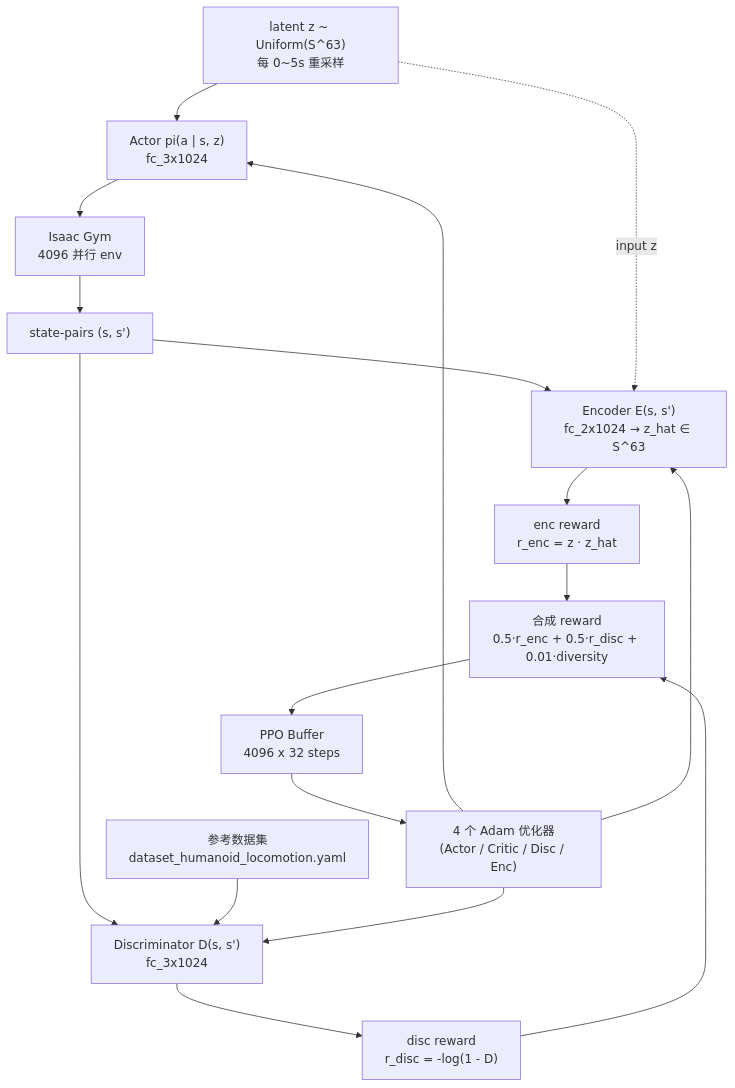
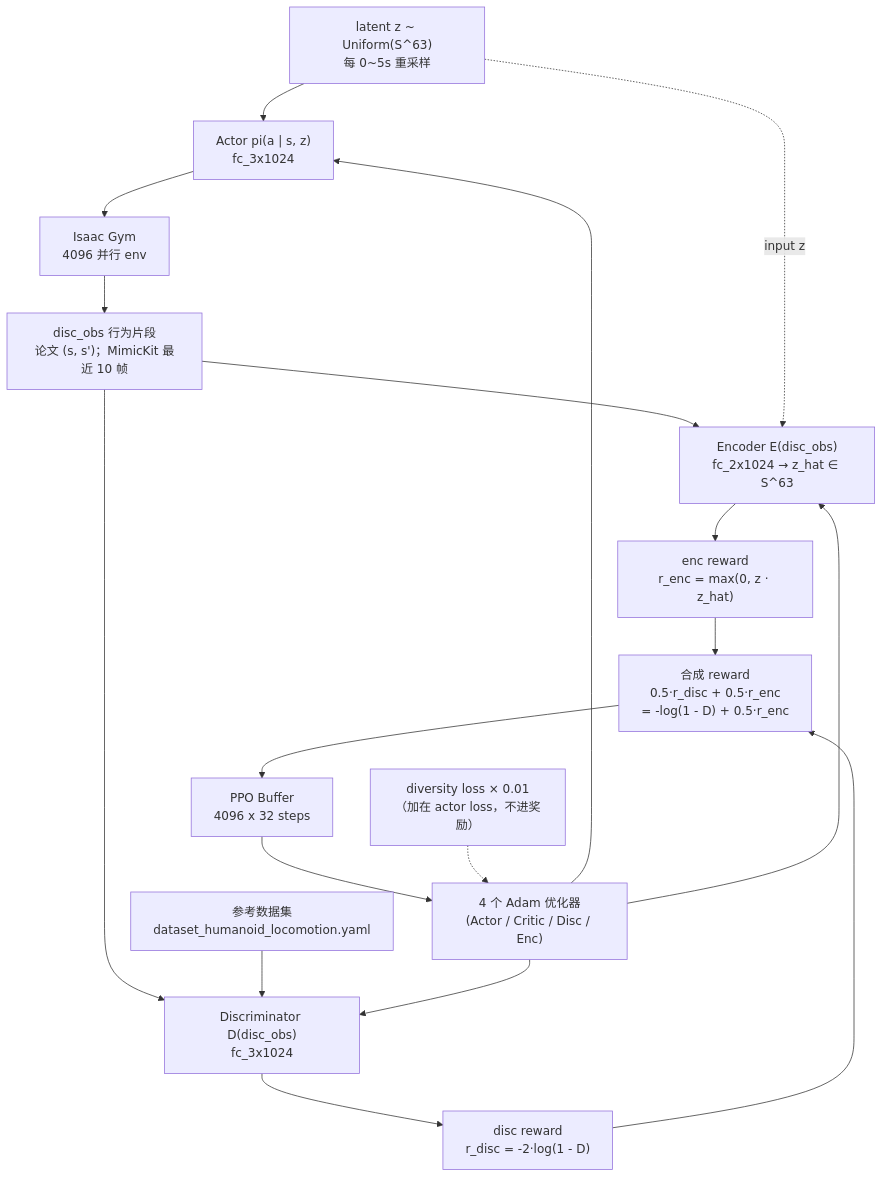
One commit to ImChong/Robot_Learning_Paper_Notebooks changed the first of 7 diagrams in papers/01_Foundational_RL/ASE_Adversarial_Skill_Embeddings_for_Large-Scale_Motion_Control/ASE_Adversarial_Skill_Embeddings_for_Large-Scale_Motion_Control.md. Above: the diagram before and after it, drawn with Mermaid. The commit also changed other lines of this file and 3 other files, not shown here.

```diff
--- a/papers/01_Foundational_RL/ASE_Adversarial_Skill_Embeddings_for_Large-Scale_Motion_Control/ASE_Adversarial_Skill_Embeddings_for_Large-Scale_Motion_Control.md
+++ b/papers/01_Foundational_RL/ASE_Adversarial_Skill_Embeddings_for_Large-Scale_Motion_Control/ASE_Adversarial_Skill_Embeddings_for_Large-Scale_Motion_Control.md
@@ -328,19 +328,20 @@
 <div class="mermaid">
 flowchart TB
     A["latent z ~ Uniform(S^63)<br/>每 0~5s 重采样"] --> B["Actor pi(a #124; s, z)<br/>fc_3x1024"]
     B --> C["Isaac Gym<br/>4096 并行 env"]
-    C --> D["state-pairs (s, s')"]
-    D --> E["Encoder E(s, s')<br/>fc_2x1024 → z_hat ∈ S^63"]
-    D --> F["Discriminator D(s, s')<br/>fc_3x1024"]
+    C --> D["disc_obs 行为片段<br/>论文 (s, s')；MimicKit 最近 10 帧"]
+    D --> E["Encoder E(disc_obs)<br/>fc_2x1024 → z_hat ∈ S^63"]
+    D --> F["Discriminator D(disc_obs)<br/>fc_3x1024"]
     G["参考数据集<br/>dataset_humanoid_locomotion.yaml"] --> F
     A -. "input z" .-> E
-    E --> H["enc reward<br/>r_enc = z · z_hat"]
-    F --> I["disc reward<br/>r_disc = -log(1 - D)"]
-    H --> J["合成 reward<br/>0.5·r_enc + 0.5·r_disc + 0.01·diversity"]
+    E --> H["enc reward<br/>r_enc = max(0, z · z_hat)"]
+    F --> I["disc reward<br/>r_disc = -2·log(1 - D)"]
+    H --> J["合成 reward<br/>0.5·r_disc + 0.5·r_enc<br/>= -log(1 - D) + 0.5·r_enc"]
     I --> J
     J --> K["PPO Buffer<br/>4096 x 32 steps"]
     K --> L["4 个 Adam 优化器<br/>(Actor / Critic / Disc / Enc)"]
     L --> B
     L --> E
     L --> F
+    DV["diversity loss × 0.01<br/>（加在 actor loss，不进奖励）"] -.-> L
 </div>
```
